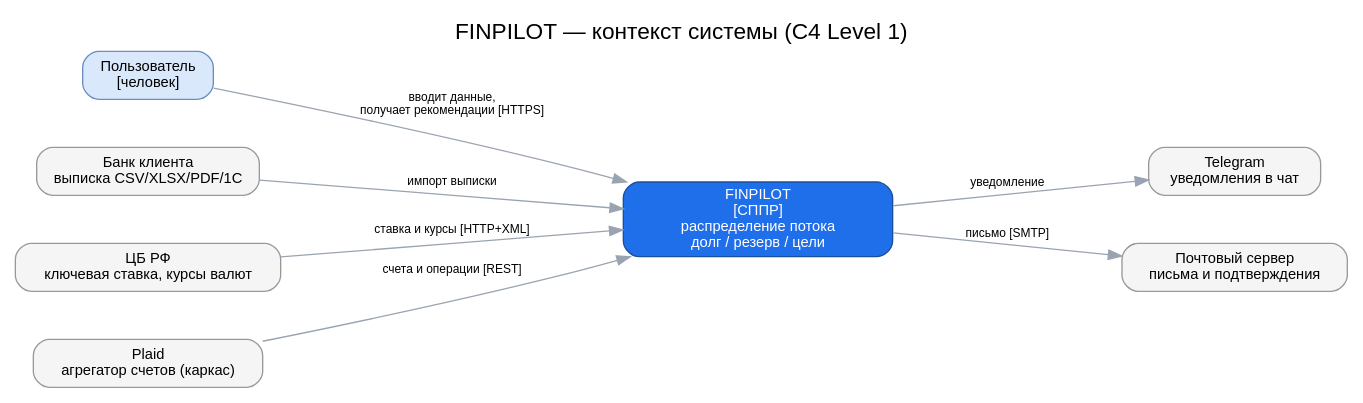
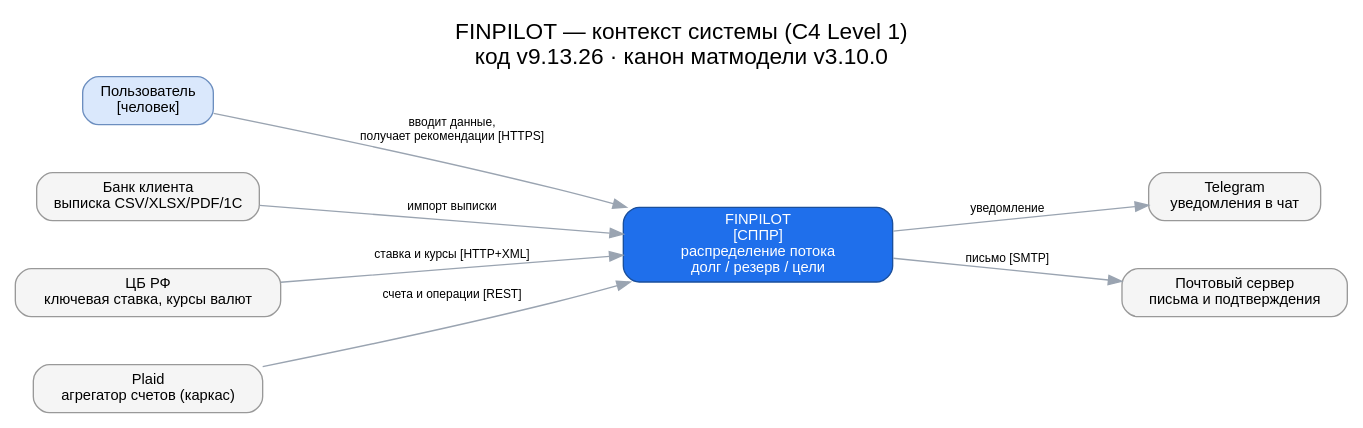
Before and after one commit to vevdokimovm/personal-finance-dss: the diagram in docs/diagrams/src/04_c4_context.dot, drawn with Graphviz. The commit also changed 24 other files, not shown here.

Commit message:
personal-finance-dss v9.13.26 — пройдены все 20 диаграмм; каждая называет версию кода и канона

```diff
--- a/docs/diagrams/src/04_c4_context.dot
+++ b/docs/diagrams/src/04_c4_context.dot
@@ -1,28 +1,29 @@
 digraph context {
   graph [rankdir=LR, fontname="Helvetica", labelloc=t, fontsize=17,
-         label="FINPILOT — контекст системы (C4 Level 1)", nodesep=0.5, ranksep=1.4];
+         label="FINPILOT — контекст системы (C4 Level 1)\nкод v9.13.26 · канон матмодели v3.10.0",
+         nodesep=0.5, ranksep=1.4];
   node [fontname="Helvetica", fontsize=11, style="rounded,filled"];
   edge [color="#9aa4b1", fontname="Helvetica", fontsize=9];
 
   user [label="Пользователь\n[человек]", shape=box, fillcolor="#dae8fc", color="#6c8ebf"];
   fin  [label="FINPILOT\n[СППР]\nраспределение потока\nдолг / резерв / цели",
         shape=box, fillcolor="#1f6feb", fontcolor=white,
         color="#1a4f9c", width=2.8];
 
   bank  [label="Банк клиента\nвыписка CSV/XLSX/PDF/1C", shape=box,
            fillcolor="#f5f5f5", color="#999999"];
   cbr   [label="ЦБ РФ\nключевая ставка, курсы валют", shape=box,
            fillcolor="#f5f5f5", color="#999999"];
   plaid [label="Plaid\nагрегатор счетов (каркас)", shape=box,
            fillcolor="#f5f5f5", color="#999999"];
   tg    [label="Telegram\nуведомления в чат", shape=box, fillcolor="#f5f5f5", color="#999999"];
   mail  [label="Почтовый сервер\nписьма и подтверждения", shape=box,
            fillcolor="#f5f5f5", color="#999999"];
 
   user -> fin [label="вводит данные,\nполучает рекомендации [HTTPS]"];
   bank -> fin [label="импорт выписки"];
   cbr -> fin [label="ставка и курсы [HTTP+XML]"];
   plaid -> fin [label="счета и операции [REST]"];
   fin -> tg [label="уведомление"];
   fin -> mail [label="письмо [SMTP]"];
 }
```
